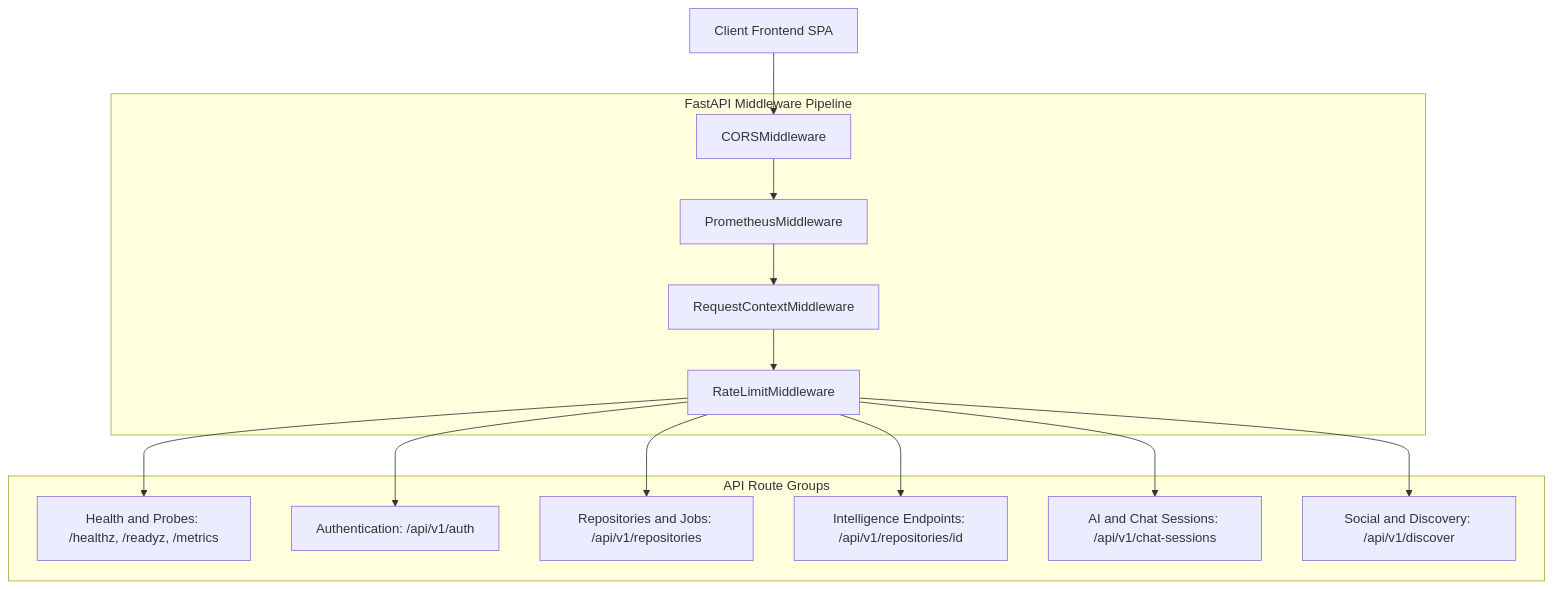
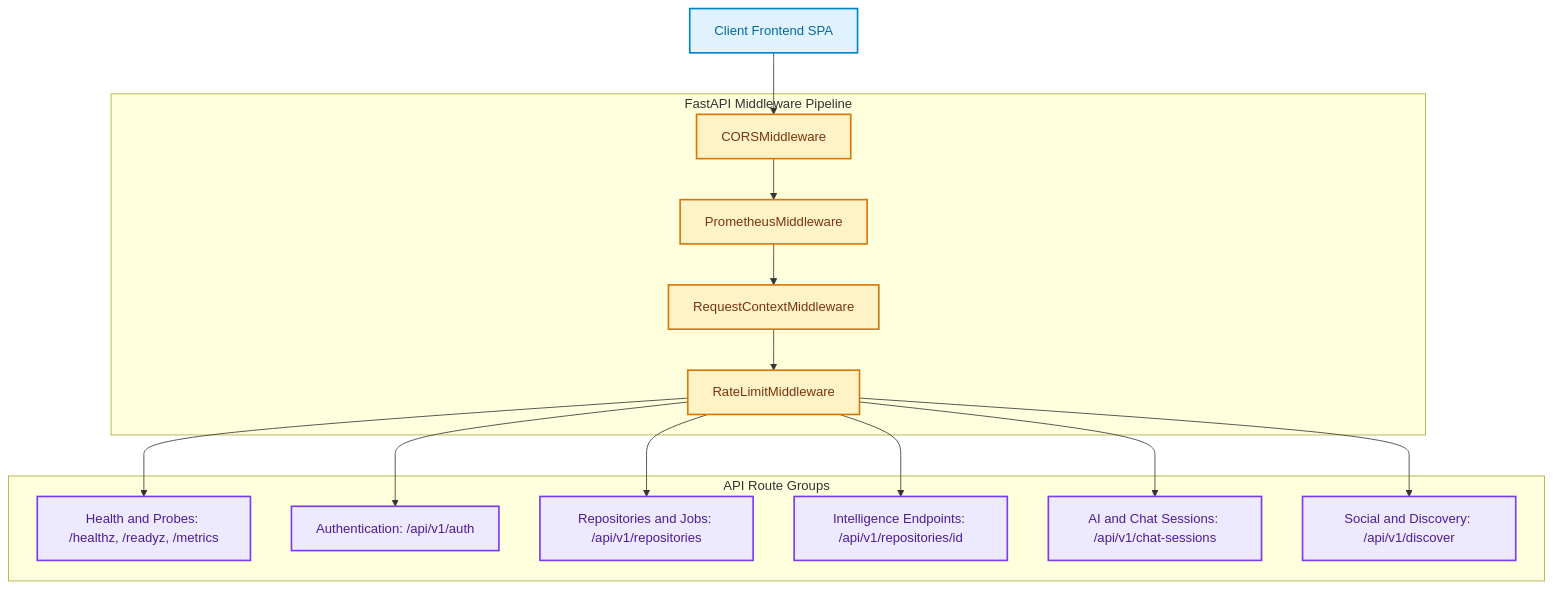
Before and after one commit to nikhil-87/CodeSensei: the diagram in vault/05-api-documentation.md, drawn with Mermaid. The commit also changed 9 other files, not shown here.

Commit message:
docs: added some colors to mermaid diagrams

````diff
--- a/vault/05-api-documentation.md
+++ b/vault/05-api-documentation.md
@@ -10,31 +10,39 @@
 ```mermaid
 flowchart TD
     Client["Client Frontend SPA"]
     
     subgraph MiddlewareStack ["FastAPI Middleware Pipeline"]
         CORS["CORSMiddleware"]
         Prom["PrometheusMiddleware"]
         ReqCtx["RequestContextMiddleware"]
         RateLimit["RateLimitMiddleware"]
     end
     
     subgraph RouteGroups ["API Route Groups"]
         HealthGroup["Health and Probes: /healthz, /readyz, /metrics"]
         AuthGroup["Authentication: /api/v1/auth"]
         RepoGroup["Repositories and Jobs: /api/v1/repositories"]
         IntelGroup["Intelligence Endpoints: /api/v1/repositories/id"]
         AIGroup["AI and Chat Sessions: /api/v1/chat-sessions"]
         SocialGroup["Social and Discovery: /api/v1/discover"]
     end
 
     Client --> CORS
     CORS --> Prom
     Prom --> ReqCtx
     ReqCtx --> RateLimit
     RateLimit --> HealthGroup
     RateLimit --> AuthGroup
     RateLimit --> RepoGroup
     RateLimit --> IntelGroup
     RateLimit --> AIGroup
     RateLimit --> SocialGroup
+
+    classDef client fill:#e0f2fe,stroke:#0284c7,stroke-width:2px,color:#0369a1;
+    classDef mw fill:#fef3c7,stroke:#d97706,stroke-width:2px,color:#78350f;
+    classDef route fill:#ede9fe,stroke:#7c3aed,stroke-width:2px,color:#4c1d95;
+
+    class Client client;
+    class CORS,Prom,ReqCtx,RateLimit mw;
+    class HealthGroup,AuthGroup,RepoGroup,IntelGroup,AIGroup,SocialGroup route;
 ```
````
